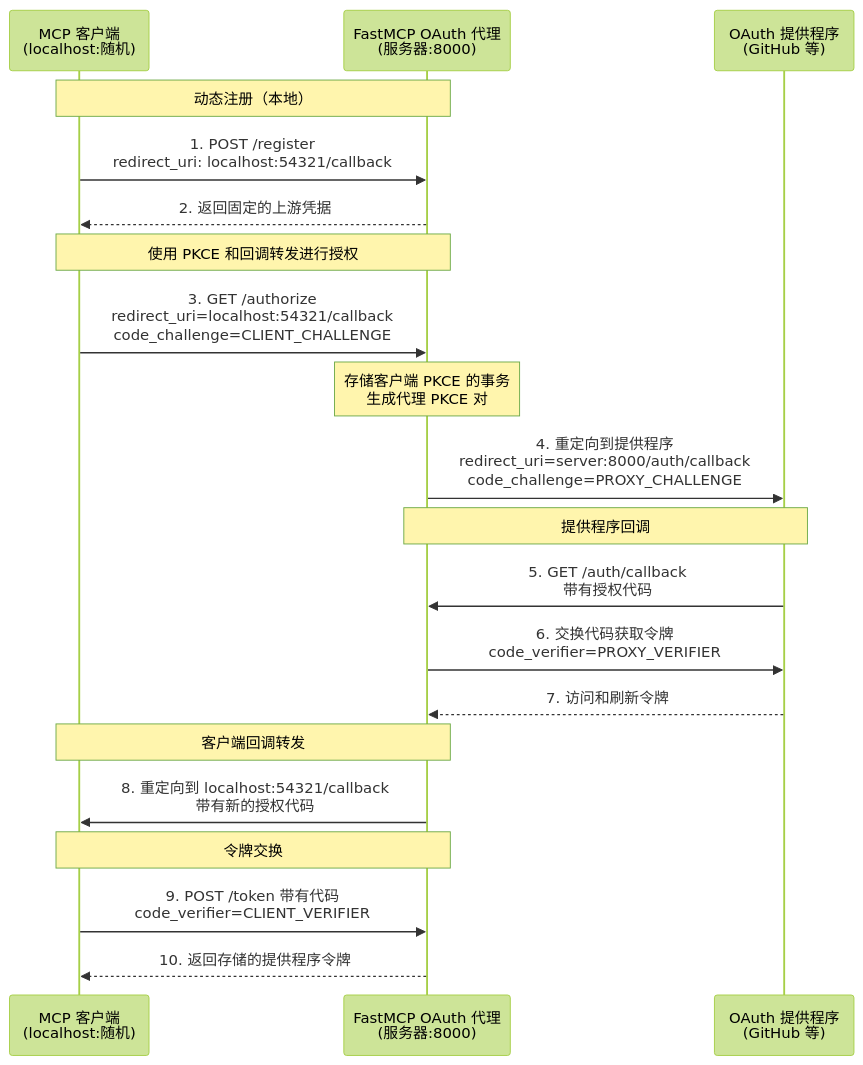
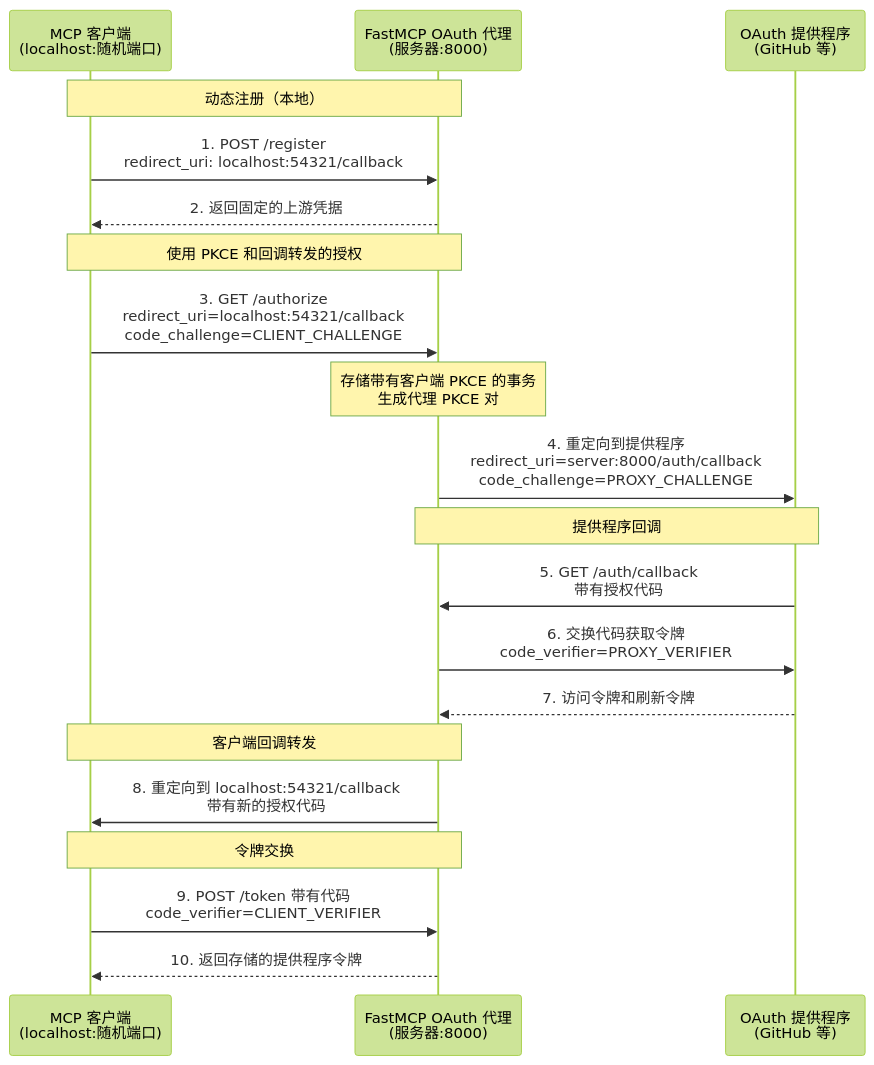
The diagram in i18n/zh/servers/auth/oauth-proxy.mdx (Gu-f/FastmcpDocs), drawn with Mermaid (forest theme) before and after one commit. The commit also changed other lines of this file and 165 other files, not shown here.

````diff
--- a/i18n/zh/servers/auth/oauth-proxy.mdx
+++ b/i18n/zh/servers/auth/oauth-proxy.mdx
@@ -182,27 +275,27 @@
 ```mermaid
 sequenceDiagram
-    participant Client as MCP 客户端<br/>(localhost:随机)
+    participant Client as MCP 客户端<br/>(localhost:随机端口)
     participant Proxy as FastMCP OAuth 代理<br/>(服务器:8000)
     participant Provider as OAuth 提供程序<br/>(GitHub 等)
 
     Note over Client, Proxy: 动态注册（本地）
     Client->>Proxy: 1. POST /register<br/>redirect_uri: localhost:54321/callback
     Proxy-->>Client: 2. 返回固定的上游凭据
 
-    Note over Client, Proxy: 使用 PKCE 和回调转发进行授权
+    Note over Client, Proxy: 使用 PKCE 和回调转发的授权
     Client->>Proxy: 3. GET /authorize<br/>redirect_uri=localhost:54321/callback<br/>code_challenge=CLIENT_CHALLENGE
-    Note over Proxy: 存储客户端 PKCE 的事务<br/>生成代理 PKCE 对
+    Note over Proxy: 存储带有客户端 PKCE 的事务<br/>生成代理 PKCE 对
     Proxy->>Provider: 4. 重定向到提供程序<br/>redirect_uri=server:8000/auth/callback<br/>code_challenge=PROXY_CHALLENGE
 
     Note over Provider, Proxy: 提供程序回调
     Provider->>Proxy: 5. GET /auth/callback<br/>带有授权代码
     Proxy->>Provider: 6. 交换代码获取令牌<br/>code_verifier=PROXY_VERIFIER
-    Provider-->>Proxy: 7. 访问和刷新令牌
+    Provider-->>Proxy: 7. 访问令牌和刷新令牌
 
     Note over Proxy, Client: 客户端回调转发
     Proxy->>Client: 8. 重定向到 localhost:54321/callback<br/>带有新的授权代码
 
     Note over Client, Proxy: 令牌交换
     Client->>Proxy: 9. POST /token 带有代码<br/>code_verifier=CLIENT_VERIFIER
     Proxy-->>Client: 10. 返回存储的提供程序令牌
 ```
````
